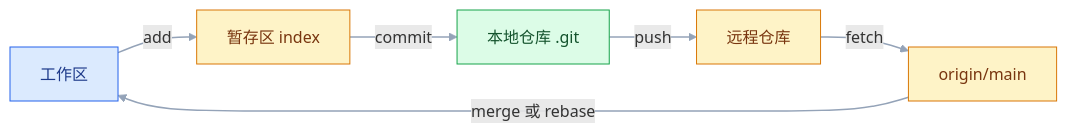
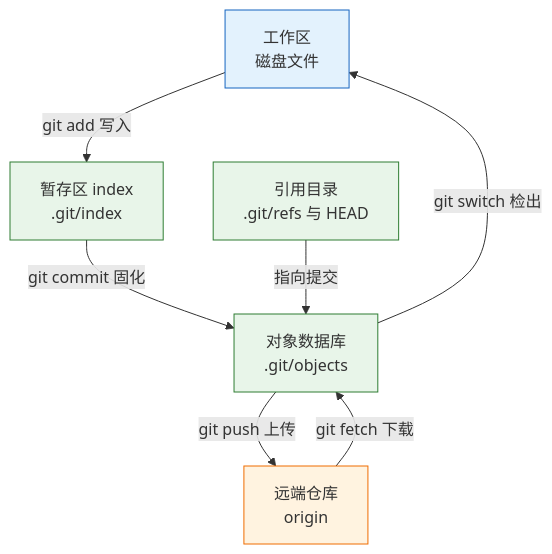
The first of 4 diagrams in blog/src/notes/07-运维/02-版本管理/01-Git版本管理.md (jimbosuper/studynotes), drawn with Mermaid before and after one commit. The commit also changed other lines of this file and 367 other files, not shown here.

````diff
--- a/blog/src/notes/07-运维/02-版本管理/01-Git版本管理.md
+++ b/blog/src/notes/07-运维/02-版本管理/01-Git版本管理.md
@@ -492,13 +48,15 @@
 ```mermaid
-flowchart LR
-    classDef client fill:#DBEAFE,stroke:#2563EB,color:#1E3A8A
-    classDef data fill:#FEF3C7,stroke:#D97706,color:#78350F
-    classDef service fill:#DCFCE7,stroke:#16A34A,color:#14532D
-
-    W["工作区"]:::client -->|"add"| S["暂存区 index"]:::data
-    S -->|"commit"| L["本地仓库 .git"]:::service
-    L -->|"push"| R["远程仓库"]:::data
-    R -->|"fetch"| T["origin/main"]:::data
-    T -->|"merge 或 rebase"| W
-    linkStyle default stroke:#94A3B8,stroke-width:1.5px
+flowchart TD
+    WT["工作区<br/>磁盘文件"] -->|"git add 写入"| IDX["暂存区 index<br/>.git/index"]
+    IDX -->|"git commit 固化"| OBJ["对象数据库<br/>.git/objects"]
+    OBJ -->|"git push 上传"| REM["远端仓库<br/>origin"]
+    REM -->|"git fetch 下载"| OBJ
+    REF["引用目录<br/>.git/refs 与 HEAD"] -->|"指向提交"| OBJ
+    OBJ -->|"git switch 检出"| WT
+    classDef client fill:#e3f2fd,stroke:#1565c0;
+    classDef engine fill:#e8f5e9,stroke:#2e7d32;
+    classDef image fill:#fff3e0,stroke:#ef6c00;
+    class WT client
+    class IDX,OBJ,REF engine
+    class REM image
 ```
````
